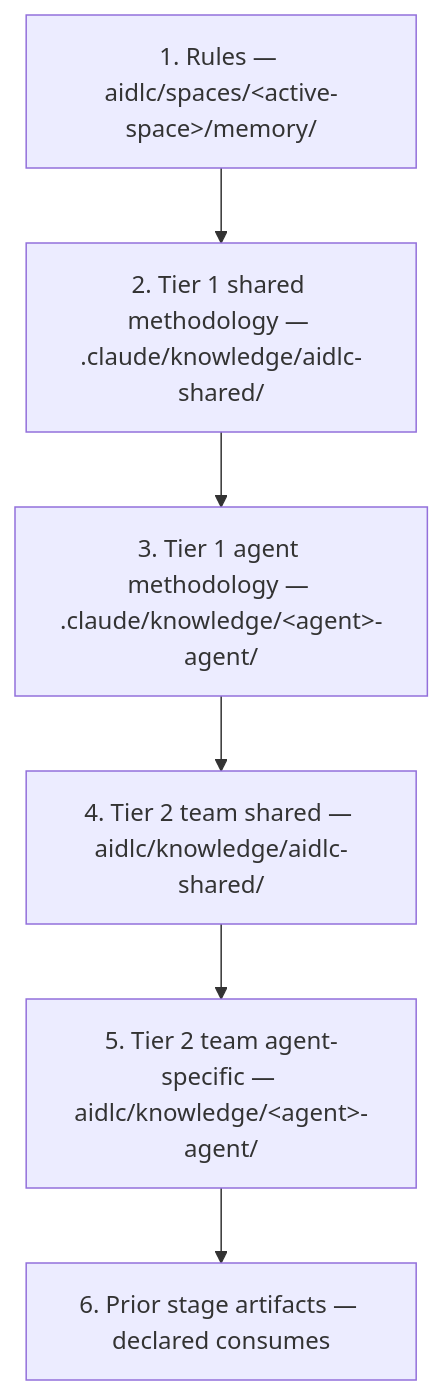
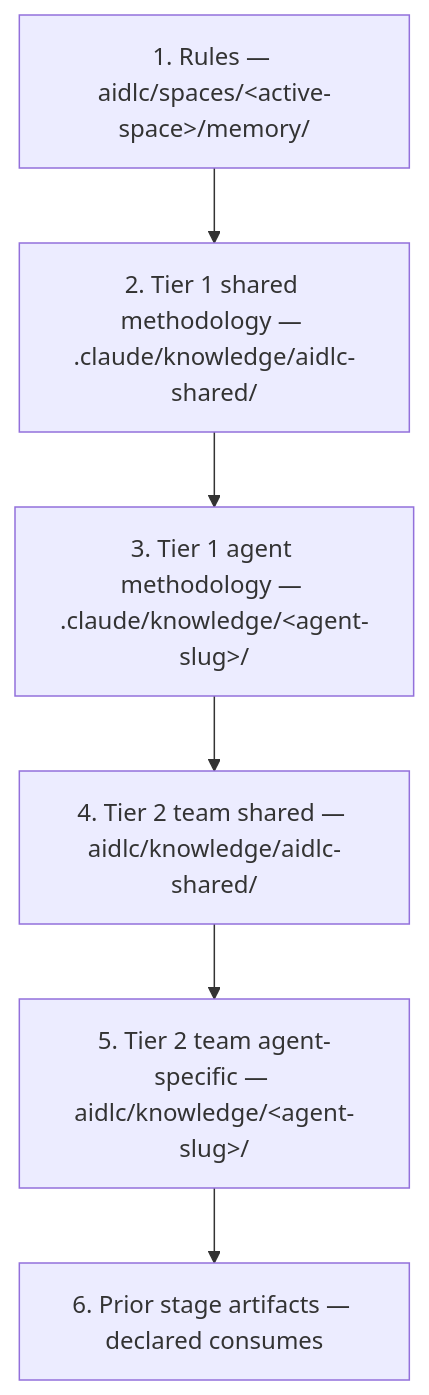
One commit to beautifularchitecture/beautifularchitecture.github.io changed the second of 3 diagrams in content/english/blog/ai/aidlc/harness-engineering.md. Above: the diagram before and after it, drawn with Mermaid. The commit also changed other lines of this file, not shown here.

Commit message:
docs: clarify team knowledge definition and its management in the harness engineering guide

````diff
--- a/content/english/blog/ai/aidlc/harness-engineering.md
+++ b/content/english/blog/ai/aidlc/harness-engineering.md
@@ -1080,8 +1080,8 @@
 ```mermaid
 flowchart TD
     S1["1. Rules — aidlc/spaces/&lt;active-space&gt;/memory/"] --> S2["2. Tier 1 shared methodology — .claude/knowledge/aidlc-shared/"]
-    S2 --> S3["3. Tier 1 agent methodology — .claude/knowledge/&lt;agent&gt;-agent/"]
+    S2 --> S3["3. Tier 1 agent methodology — .claude/knowledge/&lt;agent-slug&gt;/"]
     S3 --> S4["4. Tier 2 team shared — aidlc/knowledge/aidlc-shared/"]
-    S4 --> S5["5. Tier 2 team agent-specific — aidlc/knowledge/&lt;agent&gt;-agent/"]
+    S4 --> S5["5. Tier 2 team agent-specific — aidlc/knowledge/&lt;agent-slug&gt;/"]
     S5 --> S6["6. Prior stage artifacts — declared consumes"]
 ```
````
